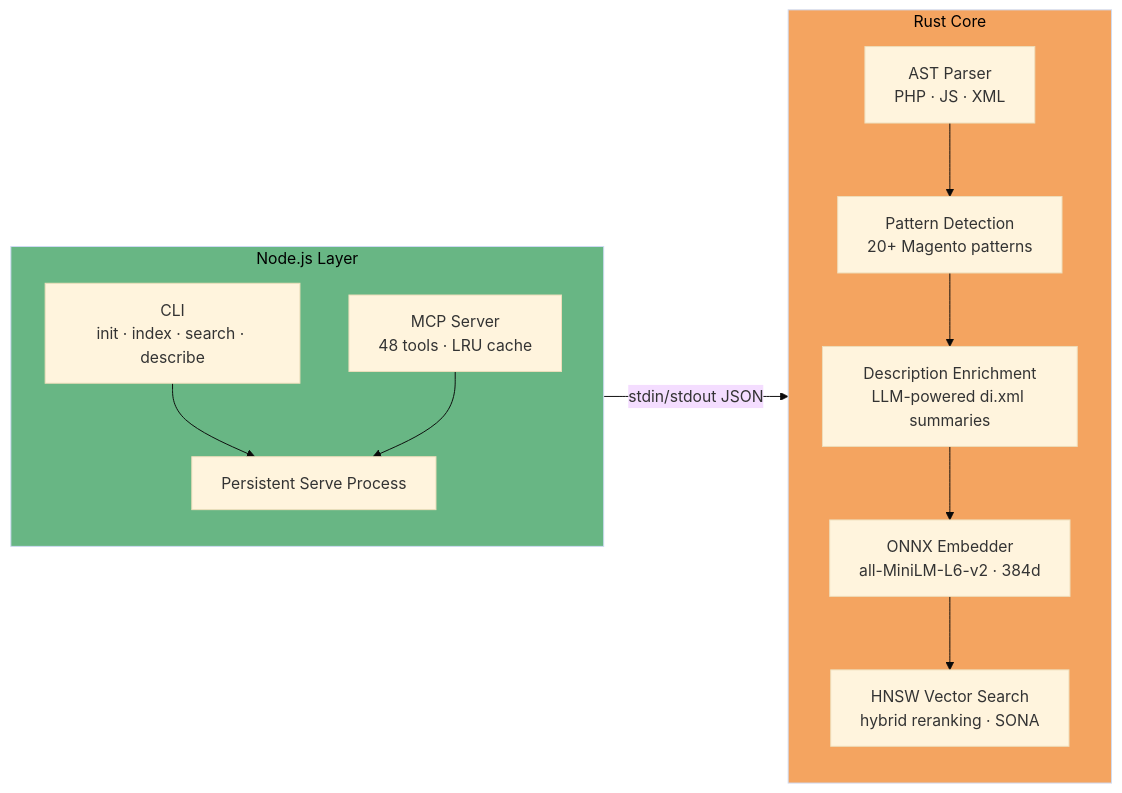
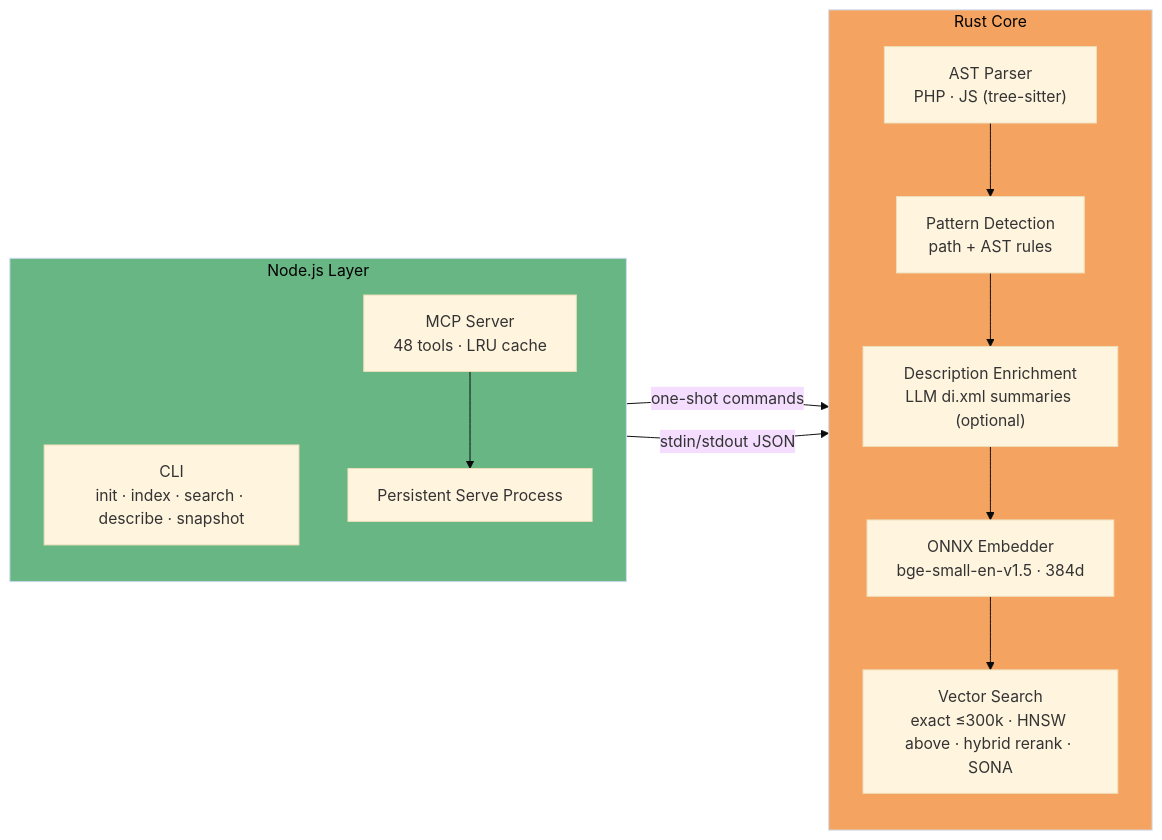
Before and after one commit to krejcif/magector: the first of 9 diagrams in README.md, drawn with Mermaid (base theme). The commit also changed other lines of this file, not shown here.

````diff
--- a/README.md
+++ b/README.md
@@ -68,26 +53,26 @@
 ```mermaid
 flowchart LR
   subgraph node ["Node.js Layer"]
     direction TB
-    G["CLI<br/>init · index · search · describe"]
+    G["CLI<br/>init · index · search · describe · snapshot"]
     E["MCP Server<br/>48 tools · LRU cache"]
     F["Persistent Serve Process"]
-    G --> F
     E --> F
   end
 
+  G -->|"one-shot commands"| rust
   F -->|"stdin/stdout JSON"| rust
 
   subgraph rust ["Rust Core"]
     direction TB
-    A["AST Parser<br/>PHP · JS · XML"]
-    B["Pattern Detection<br/>20+ Magento patterns"]
-    B2["Description Enrichment<br/>LLM-powered di.xml summaries"]
-    C["ONNX Embedder<br/>all-MiniLM-L6-v2 · 384d"]
-    D["HNSW Vector Search<br/>hybrid reranking · SONA"]
+    A["AST Parser<br/>PHP · JS (tree-sitter)"]
+    B["Pattern Detection<br/>path + AST rules"]
+    B2["Description Enrichment<br/>LLM di.xml summaries (optional)"]
+    C["ONNX Embedder<br/>bge-small-en-v1.5 · 384d"]
+    D["Vector Search<br/>exact ≤300k · HNSW above · hybrid rerank · SONA"]
     A --> B --> B2 --> C --> D
   end
 
   style rust fill:#f4a460,color:#000
   style node fill:#68b684,color:#000
 ```
````
